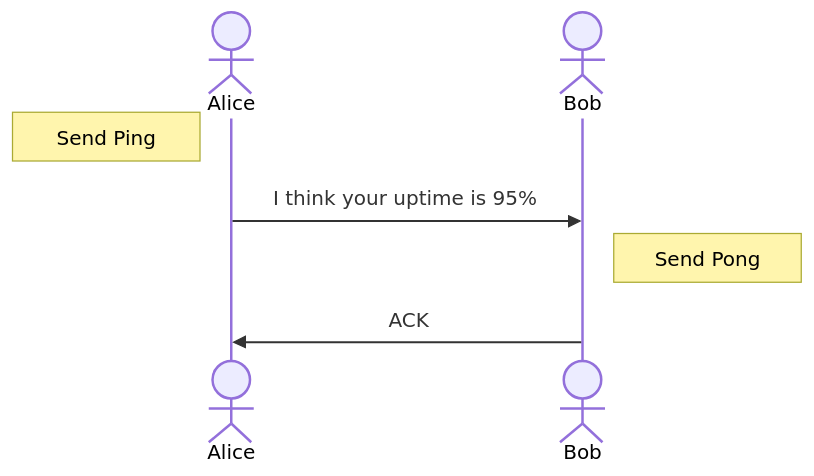
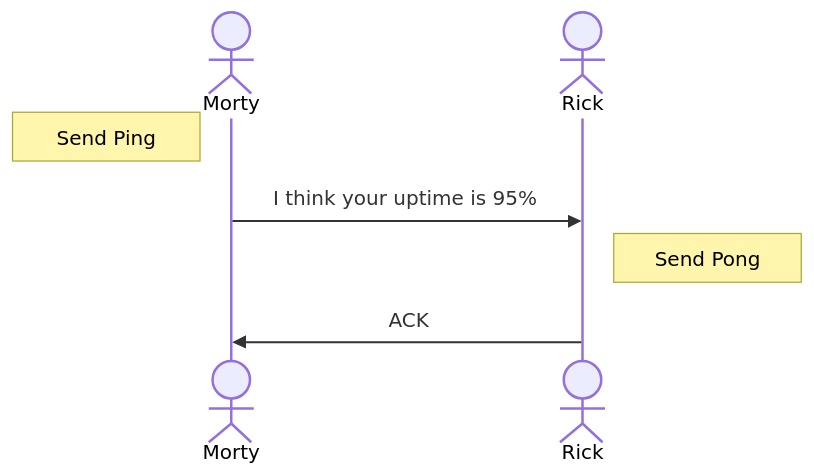
The fourth of 7 diagrams in network/README.md (ava-labs/avalanchego), drawn with Mermaid before and after one commit. The commit also changed other lines of this file, not shown here.

````diff
--- a/network/README.md
+++ b/network/README.md
@@ -108,9 +108,9 @@
 ```mermaid
 sequenceDiagram
-    actor Alice
-    actor Bob
-    Note left of Alice: Send Ping
-    Alice->>Bob: I think your uptime is 95%
-    Note right of Bob: Send Pong
-    Bob->>Alice: ACK
+    actor Morty
+    actor Rick
+    Note left of Morty: Send Ping
+    Morty->>Rick: I think your uptime is 95%
+    Note right of Rick: Send Pong
+    Rick->>Morty: ACK
 ```
````
